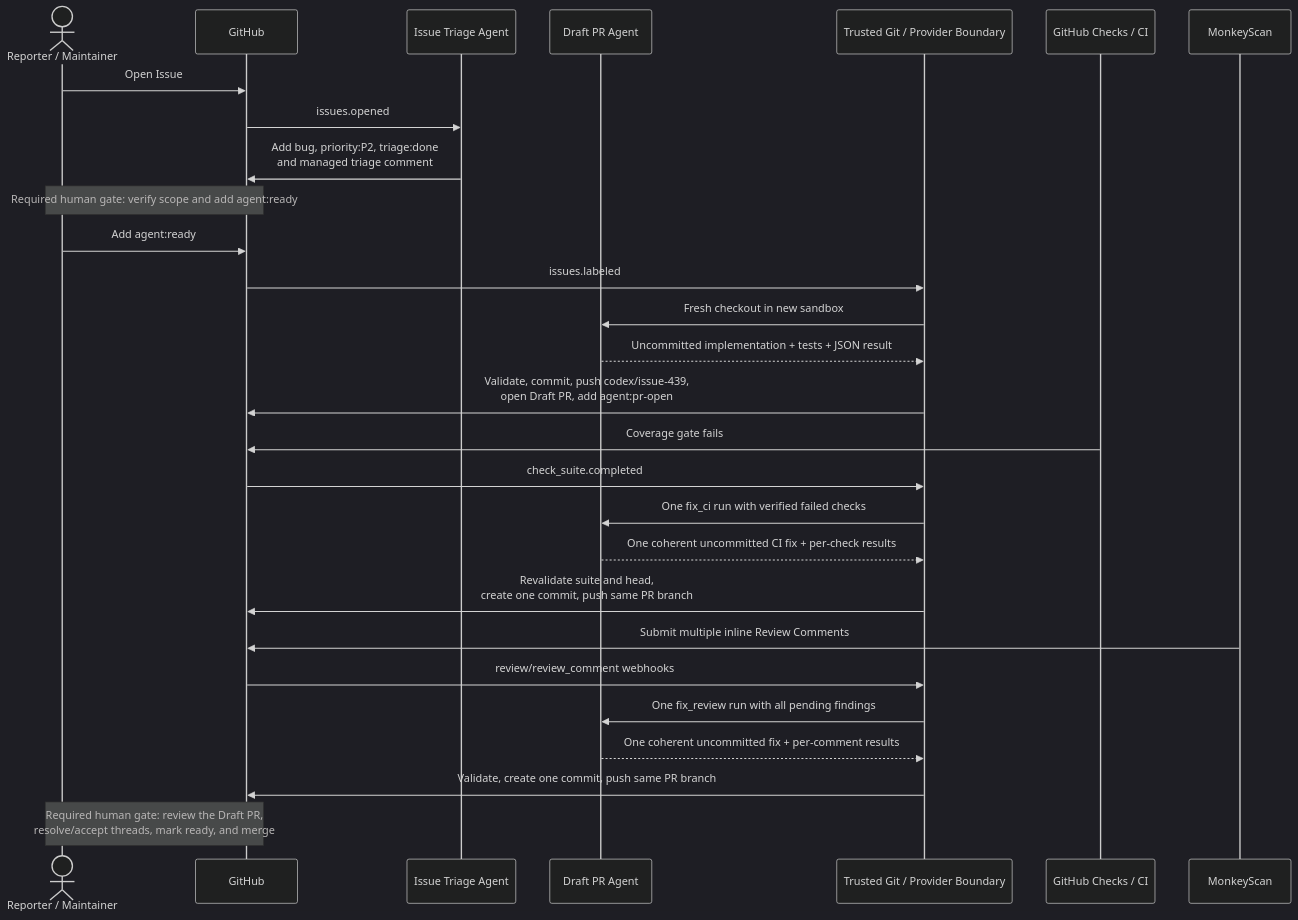
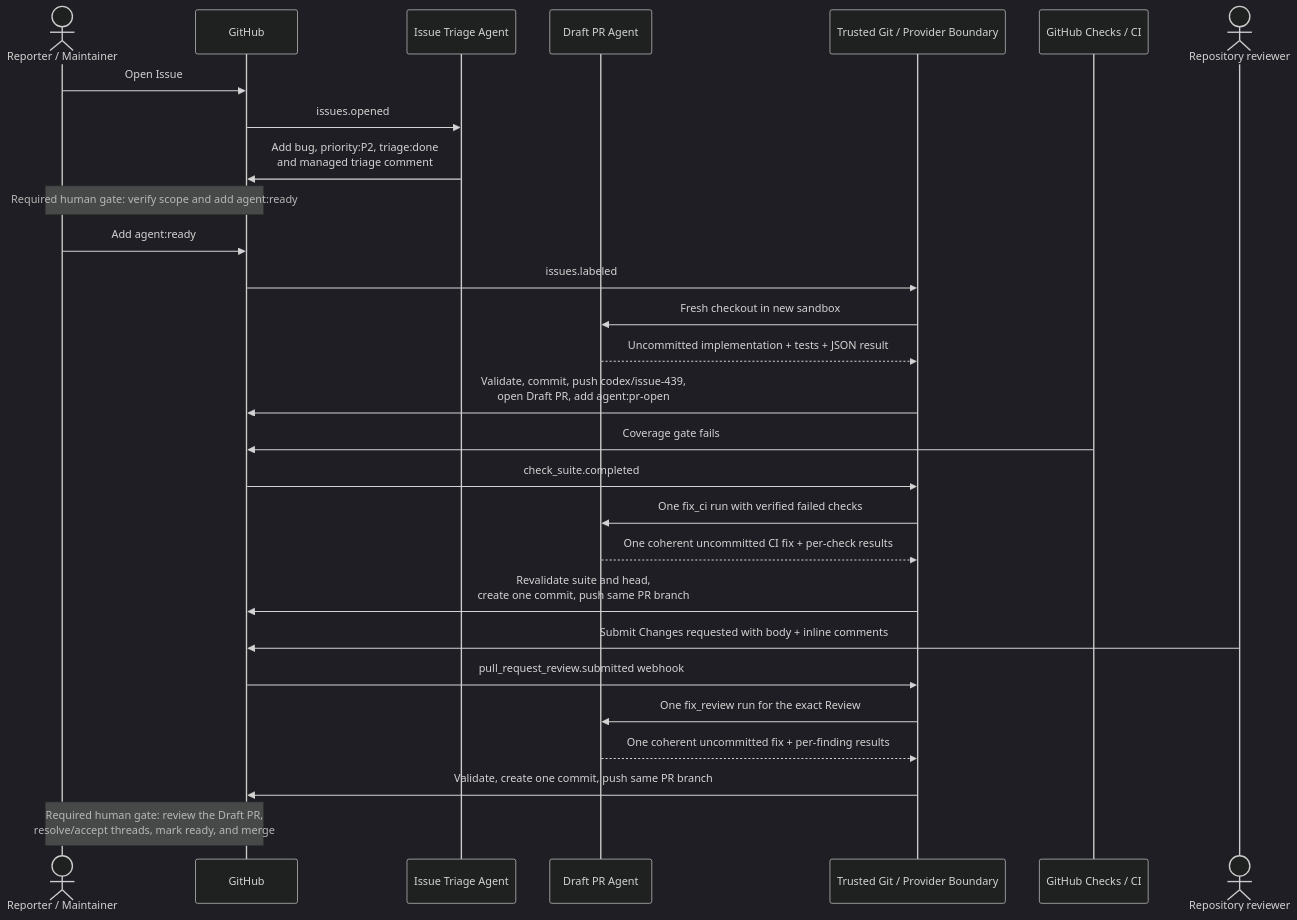
Before and after one commit to winterfx/engineering-agent-workflows: the diagram in README.md, drawn with Mermaid (dark theme). The commit also changed other lines of this file and 19 other files, not shown here.

````diff
--- a/README.md
+++ b/README.md
@@ -114,31 +116,31 @@
 ```mermaid
 sequenceDiagram
     actor Human as Reporter / Maintainer
     participant GitHub
     participant Triage as Issue Triage Agent
     participant Draft as Draft PR Agent
     participant Boundary as Trusted Git / Provider Boundary
     participant CI as GitHub Checks / CI
-    participant Scan as MonkeyScan
+    actor Reviewer as Repository reviewer
 
     Human->>GitHub: Open Issue #439
     GitHub->>Triage: issues.opened
     Triage->>GitHub: Add bug, priority:P2, triage:done<br/>and managed triage comment
     Note over Human,GitHub: Required human gate: verify scope and add agent:ready
     Human->>GitHub: Add agent:ready
     GitHub->>Boundary: issues.labeled
     Boundary->>Draft: Fresh checkout in new sandbox
     Draft-->>Boundary: Uncommitted implementation + tests + JSON result
     Boundary->>GitHub: Validate, commit, push codex/issue-439,<br/>open Draft PR, add agent:pr-open
     CI->>GitHub: Coverage gate fails
     GitHub->>Boundary: check_suite.completed
     Boundary->>Draft: One fix_ci run with verified failed checks
     Draft-->>Boundary: One coherent uncommitted CI fix + per-check results
     Boundary->>GitHub: Revalidate suite and head,<br/>create one commit, push same PR branch
-    Scan->>GitHub: Submit multiple inline Review Comments
-    GitHub->>Boundary: review/review_comment webhooks
-    Boundary->>Draft: One fix_review run with all pending findings
-    Draft-->>Boundary: One coherent uncommitted fix + per-comment results
+    Reviewer->>GitHub: Submit Changes requested with body + inline comments
+    GitHub->>Boundary: pull_request_review.submitted webhook
+    Boundary->>Draft: One fix_review run for the exact Review
+    Draft-->>Boundary: One coherent uncommitted fix + per-finding results
     Boundary->>GitHub: Validate, create one commit, push same PR branch
     Note over Human,GitHub: Required human gate: review the Draft PR,<br/>resolve/accept threads, mark ready, and merge
 ```
````
